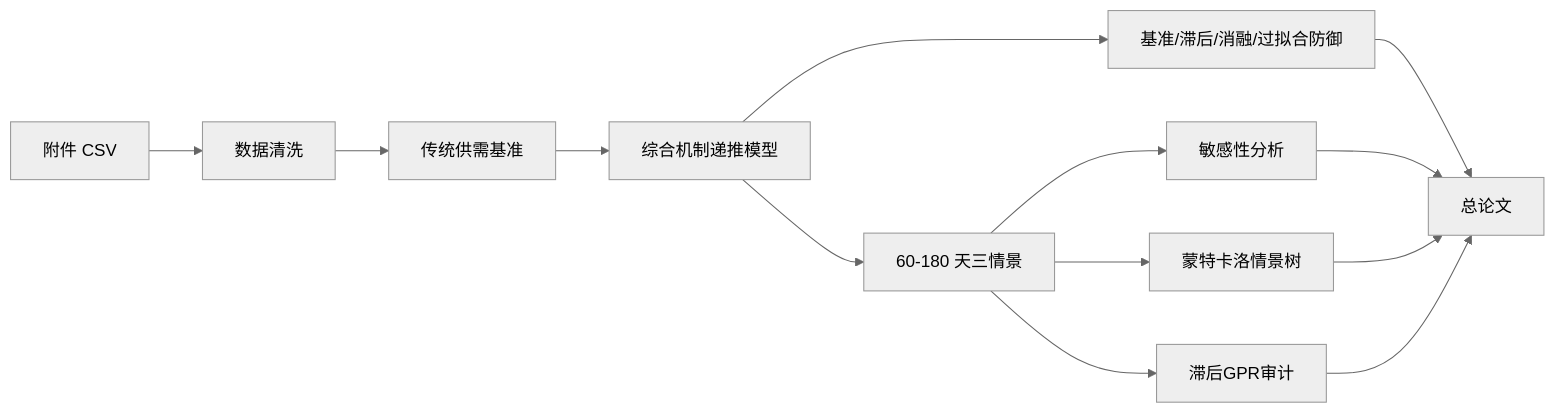
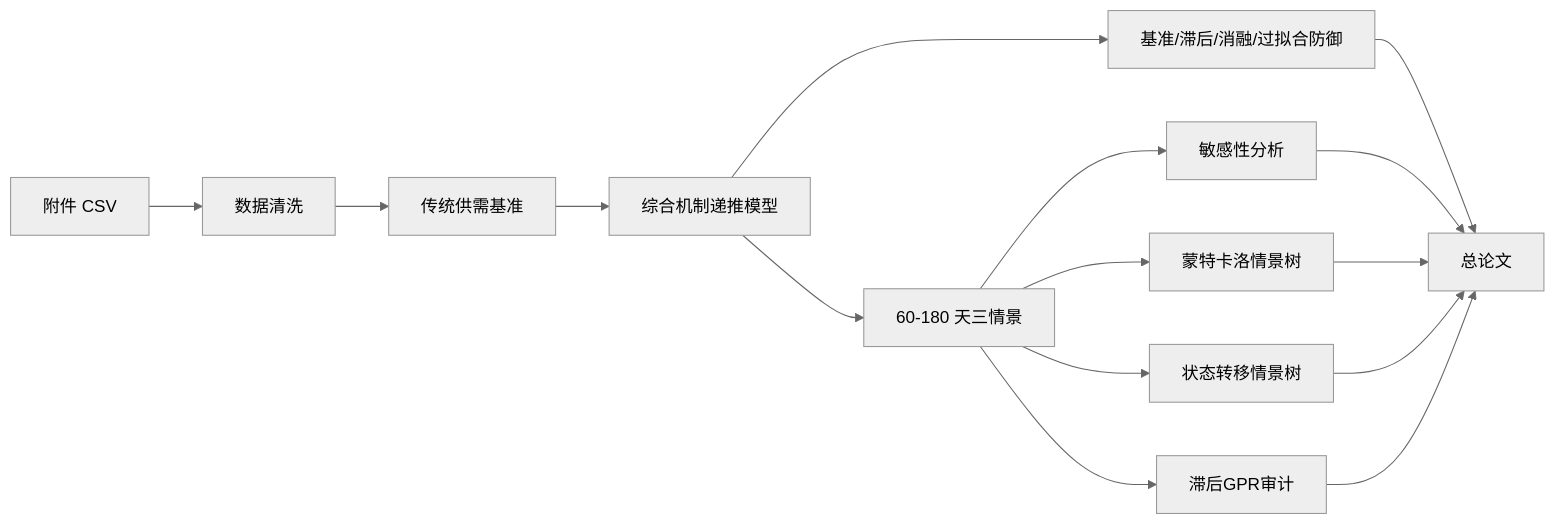
Before and after one commit to Timcai06/-A-: the diagram in docs/01_建模方案.md, drawn with Mermaid (neutral theme). The commit also changed other lines of this file and 50 other files, not shown here.

````diff
--- a/docs/01_建模方案.md
+++ b/docs/01_建模方案.md
@@ -5,15 +5,17 @@
 ```mermaid
 flowchart LR
     Raw["附件 CSV"] --> Clean["数据清洗"]
     Clean --> Baseline["传统供需基准"]
     Baseline --> Main["综合机制递推模型"]
     Main --> Defense["基准/滞后/消融/过拟合防御"]
     Main --> Scenario["60-180 天三情景"]
     Scenario --> Sens["敏感性分析"]
     Scenario --> MC["蒙特卡洛情景树"]
+    Scenario --> StateTree["状态转移情景树"]
     Scenario --> RiskAudit["滞后GPR审计"]
     Defense --> Paper["总论文"]
     Sens --> Paper
     MC --> Paper
+    StateTree --> Paper
     RiskAudit --> Paper
 ```
````
